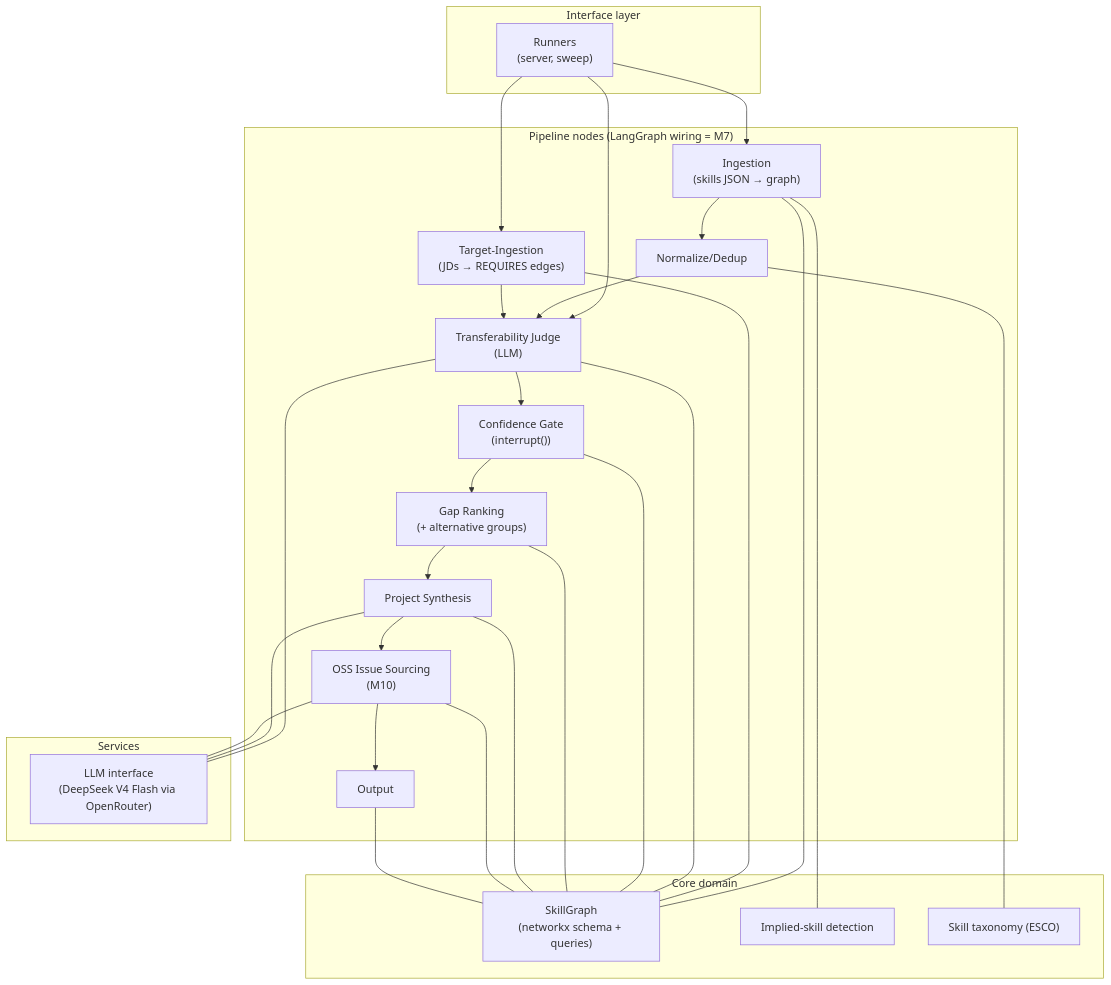
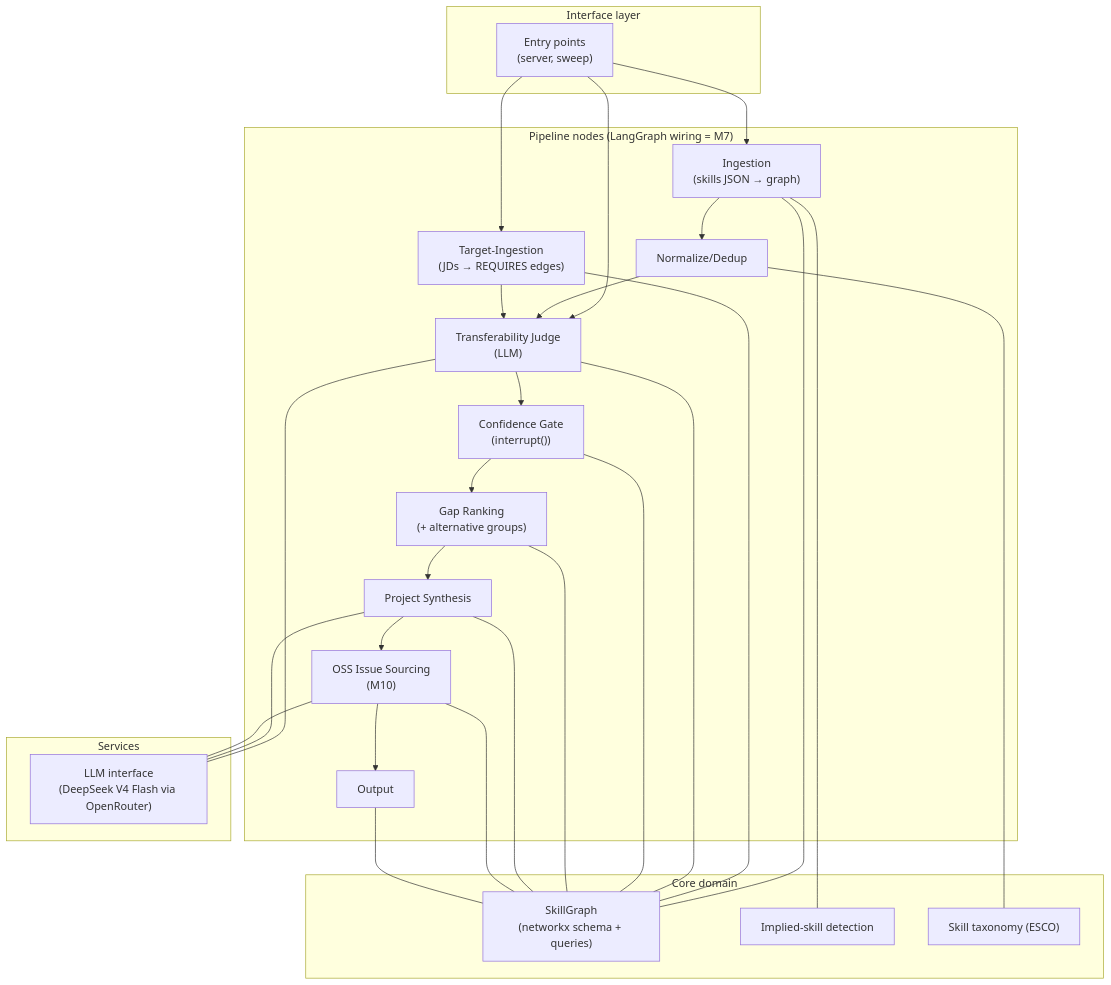
Before and after one commit to singhshubham95/skill-gap-agent: the diagram in specs/01-system-overview.md, drawn with Mermaid. The commit also changed other lines of this file and 23 other files, not shown here.

````diff
--- a/specs/01-system-overview.md
+++ b/specs/01-system-overview.md
@@ -63,35 +47,35 @@
 ```mermaid
 flowchart TB
     subgraph L1["Interface layer"]
-        CLI["Runners<br/>(server, sweep)"]
+        CLI["Entry points<br/>(server, sweep)"]
     end
     subgraph L2["Pipeline nodes (LangGraph wiring = M7)"]
         ING["Ingestion<br/>(skills JSON → graph)"]
         TING["Target-Ingestion<br/>(JDs → REQUIRES edges)"]
         NORM["Normalize/Dedup"]
         JUD["Transferability Judge<br/>(LLM)"]
         GATE["Confidence Gate<br/>(interrupt())"]
         RANK["Gap Ranking<br/>(+ alternative groups)"]
         SYNTH["Project Synthesis"]
         OSS["OSS Issue Sourcing<br/>(M10)"]
         OUT["Output"]
     end
     subgraph L3["Core domain"]
         GRAPH["SkillGraph<br/>(networkx schema + queries)"]
         IMP["Implied-skill detection"]
         TAX["Skill taxonomy (ESCO)"]
     end
     subgraph L4["Services"]
         LLM["LLM interface<br/>(DeepSeek V4 Flash via OpenRouter)"]
     end
     CLI --> ING & TING & JUD
     ING --> NORM --> JUD
     TING --> JUD
     JUD --> GATE --> RANK --> SYNTH --> OSS --> OUT
     ING --- IMP
     NORM --- TAX
     JUD --- LLM
     SYNTH --- LLM
     OSS --- LLM
     ING & TING & JUD & GATE & RANK & SYNTH & OSS & OUT --- GRAPH
 ```
````
